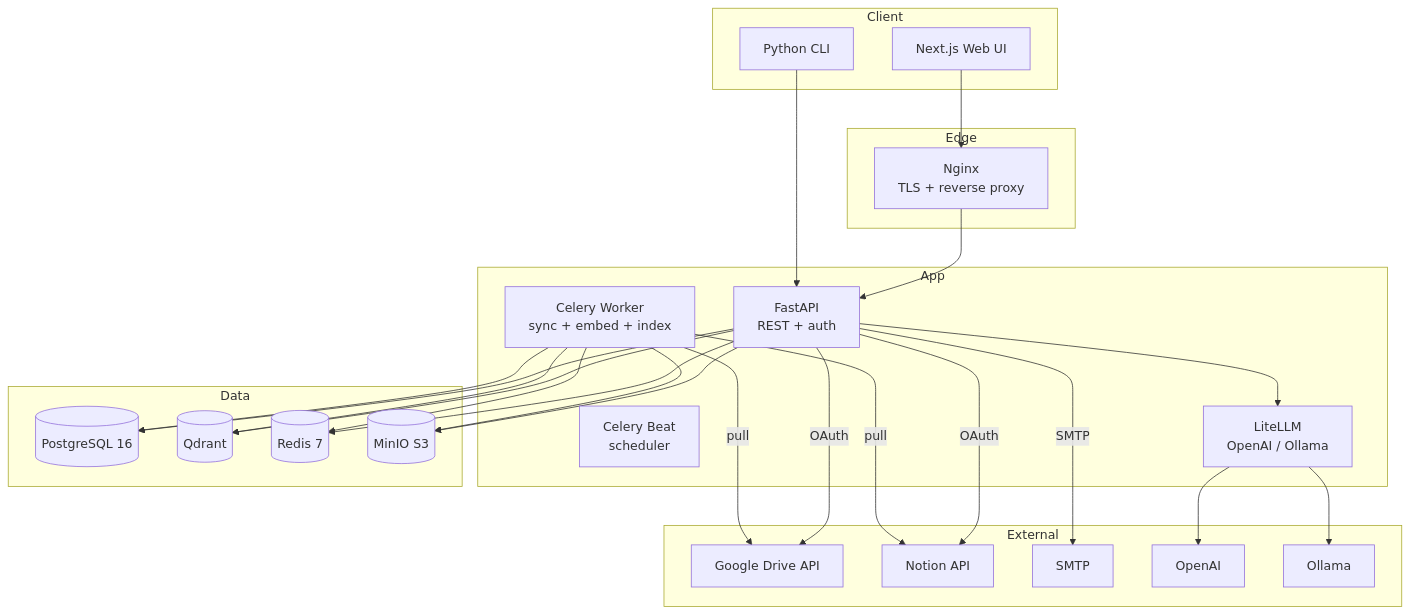
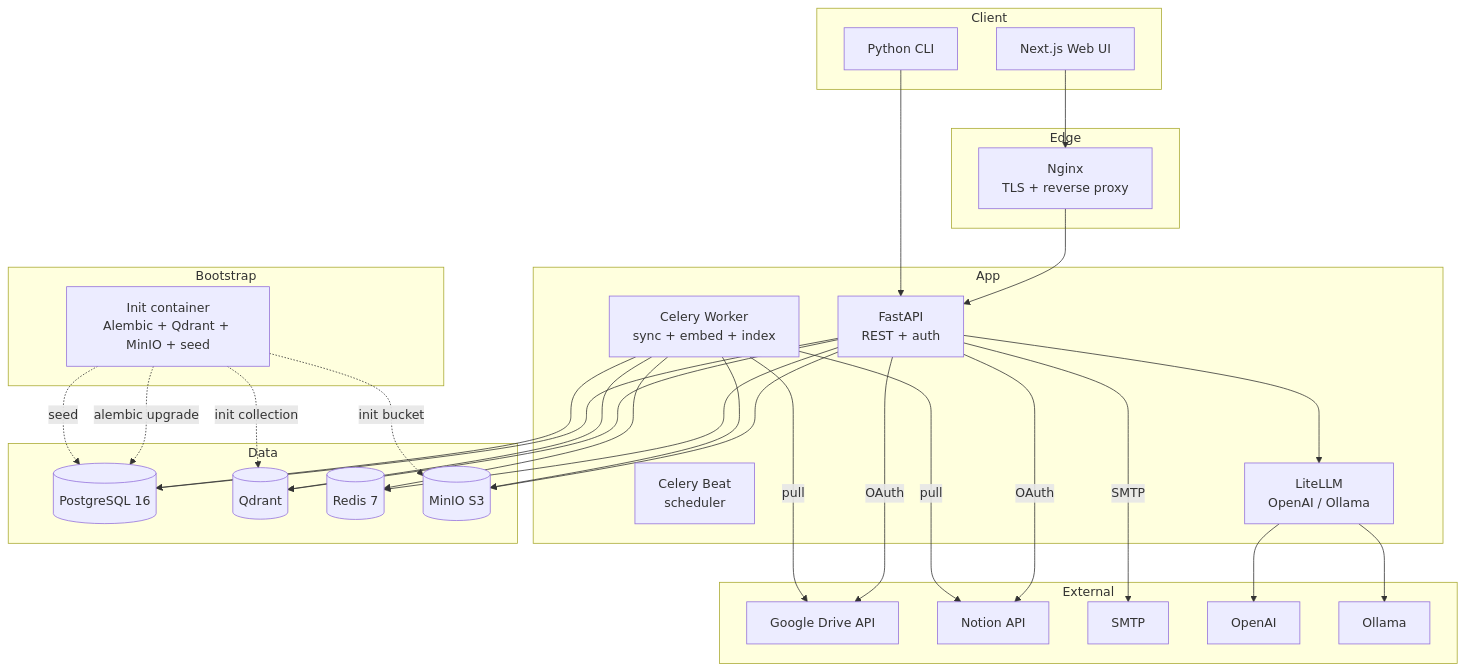
The diagram in docs/system-architecture.md (cyper98/know-gate), drawn with Mermaid before and after one commit. The commit also changed other lines of this file and 33 other files, not shown here.

````diff
--- a/docs/system-architecture.md
+++ b/docs/system-architecture.md
@@ -32,47 +33,54 @@
 ```mermaid
 graph TB
     subgraph Client
         WEB[Next.js Web UI]
         CLI[Python CLI]
     end
     subgraph Edge
         NGINX[Nginx<br/>TLS + reverse proxy]
     end
     subgraph App
         API[FastAPI<br/>REST + auth]
         WORKER[Celery Worker<br/>sync + embed + index]
         BEAT[Celery Beat<br/>scheduler]
         LLMGATE[LiteLLM<br/>OpenAI / Ollama]
     end
     subgraph Data
         PG[(PostgreSQL 16)]
         QD[(Qdrant)]
         REDIS[(Redis 7)]
         MINIO[(MinIO S3)]
     end
+    subgraph Bootstrap
+        INIT[Init container<br/>Alembic + Qdrant + MinIO + seed]
+    end
     subgraph External
         DRIVE[Google Drive API]
         NOTION[Notion API]
         SMTP[SMTP]
         OPENAI[OpenAI]
         OLLAMA[Ollama]
     end
     WEB --> NGINX --> API
     CLI --> API
+    INIT -.->|alembic upgrade| PG
+    INIT -.->|init collection| QD
+    INIT -.->|init bucket| MINIO
+    INIT -.->|seed| PG
     API --> PG
     API --> QD
     API --> REDIS
     API --> LLMGATE
     API --> MINIO
     API -->|OAuth| DRIVE
     API -->|OAuth| NOTION
     API -->|SMTP| SMTP
     WORKER --> PG
     WORKER --> QD
     WORKER --> REDIS
     WORKER --> MINIO
     WORKER -->|pull| DRIVE
     WORKER -->|pull| NOTION
     LLMGATE --> OPENAI
     LLMGATE --> OLLAMA
 ```
````
